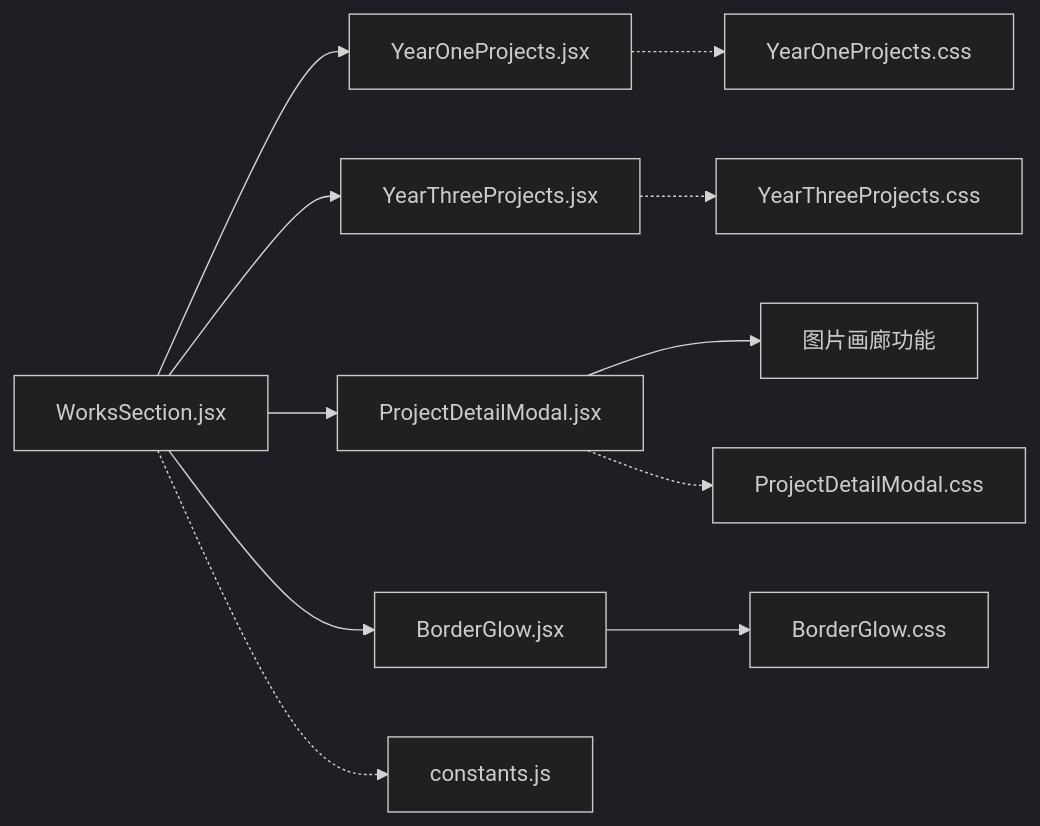
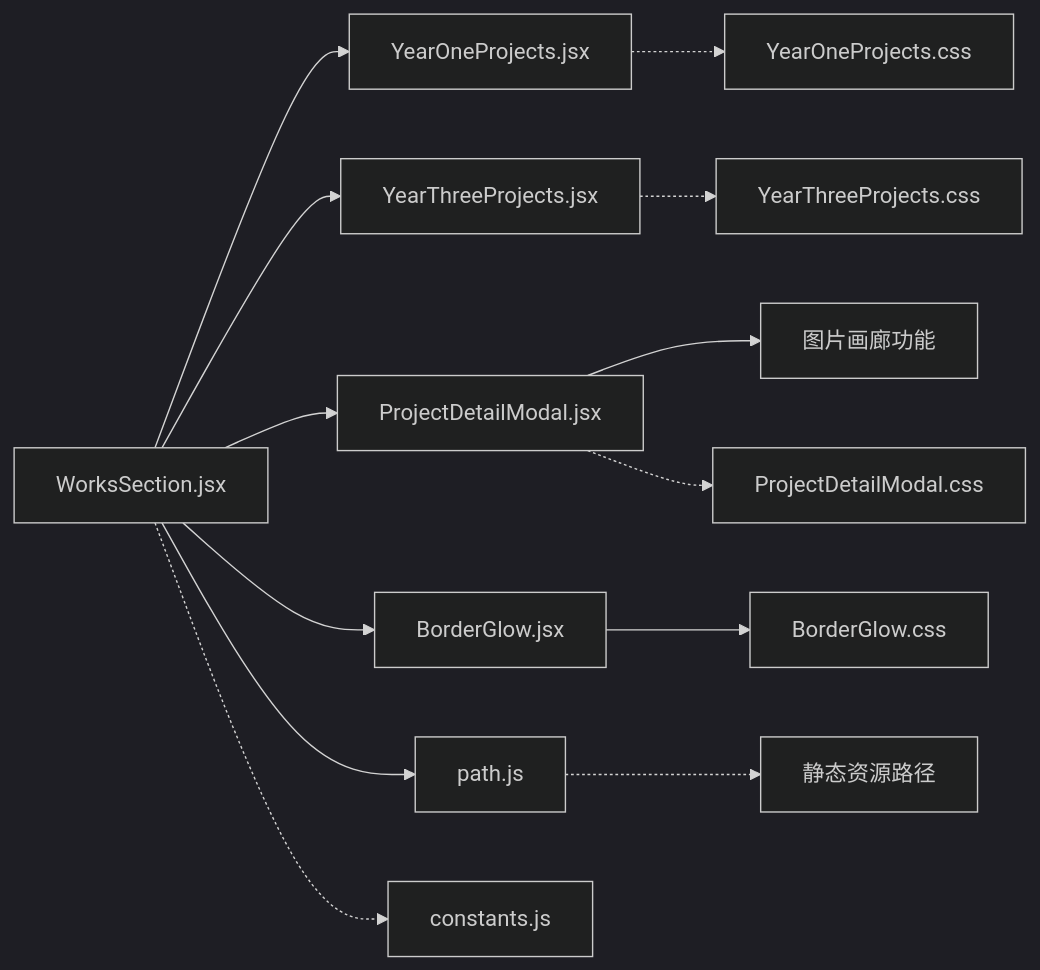
One commit to lithos666/lithos666.github.io changed the fourth of 4 diagrams in .qoder/repowiki/zh/content/核心功能模块/作品展示组件/作品展示主组件.md. Above: the diagram before and after it, drawn with Mermaid (dark theme). The commit also changed other lines of this file and 26 other files, not shown here.

````diff
--- a/.qoder/repowiki/zh/content/核心功能模块/作品展示组件/作品展示主组件.md
+++ b/.qoder/repowiki/zh/content/核心功能模块/作品展示组件/作品展示主组件.md
@@ -268,13 +308,15 @@
 ```mermaid
 graph LR
 WS["WorksSection.jsx"] --> Y1["YearOneProjects.jsx"]
 WS --> Y3["YearThreeProjects.jsx"]
 WS --> PM["ProjectDetailModal.jsx"]
 WS --> BG["BorderGlow.jsx"]
+WS --> PT["path.js"]
 PM --> IG["图片画廊功能"]
 BG --> BGCSS["BorderGlow.css"]
 WS -.-> C["constants.js"]
 Y1 -.-> Y1CSS["YearOneProjects.css"]
 Y3 -.-> Y3CSS["YearThreeProjects.css"]
 PM -.-> PMCSS["ProjectDetailModal.css"]
+PT -.-> RES["静态资源路径"]
 ```
````
